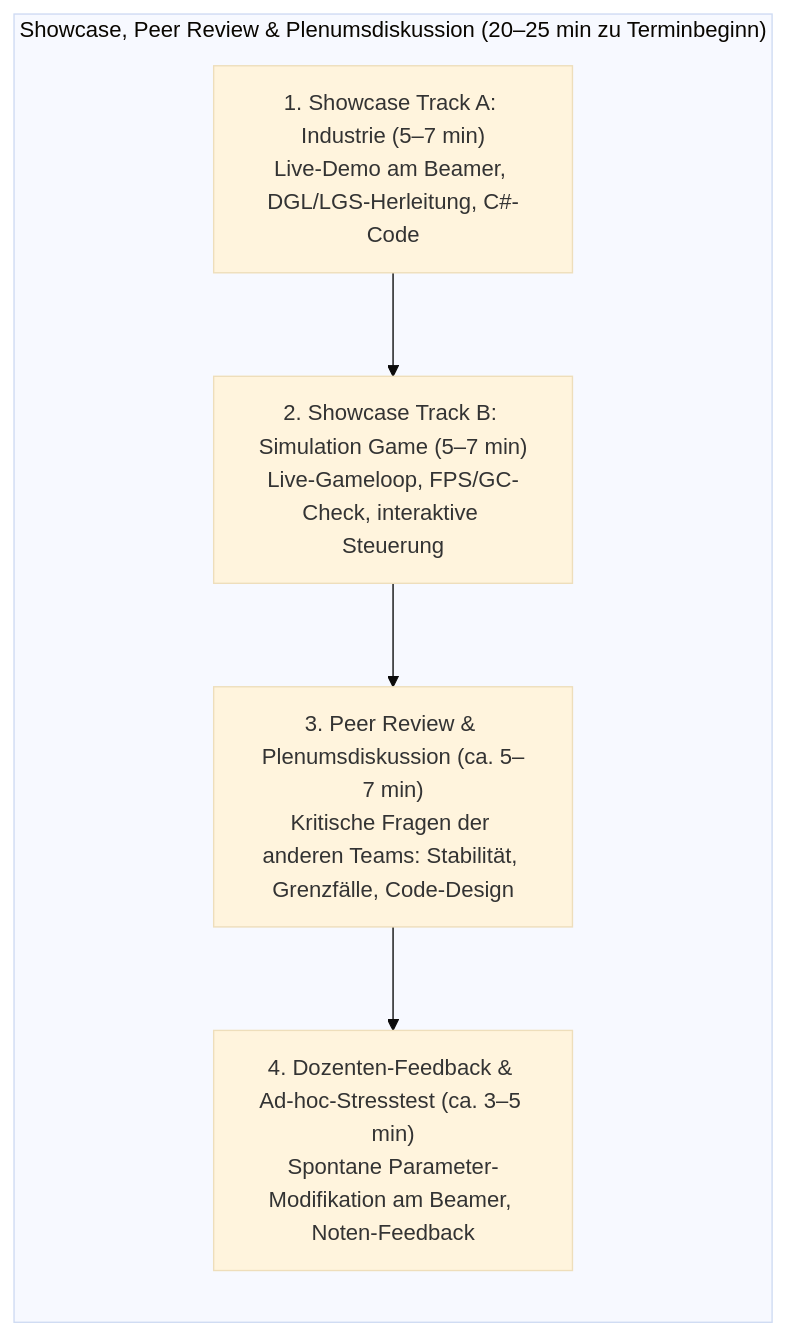
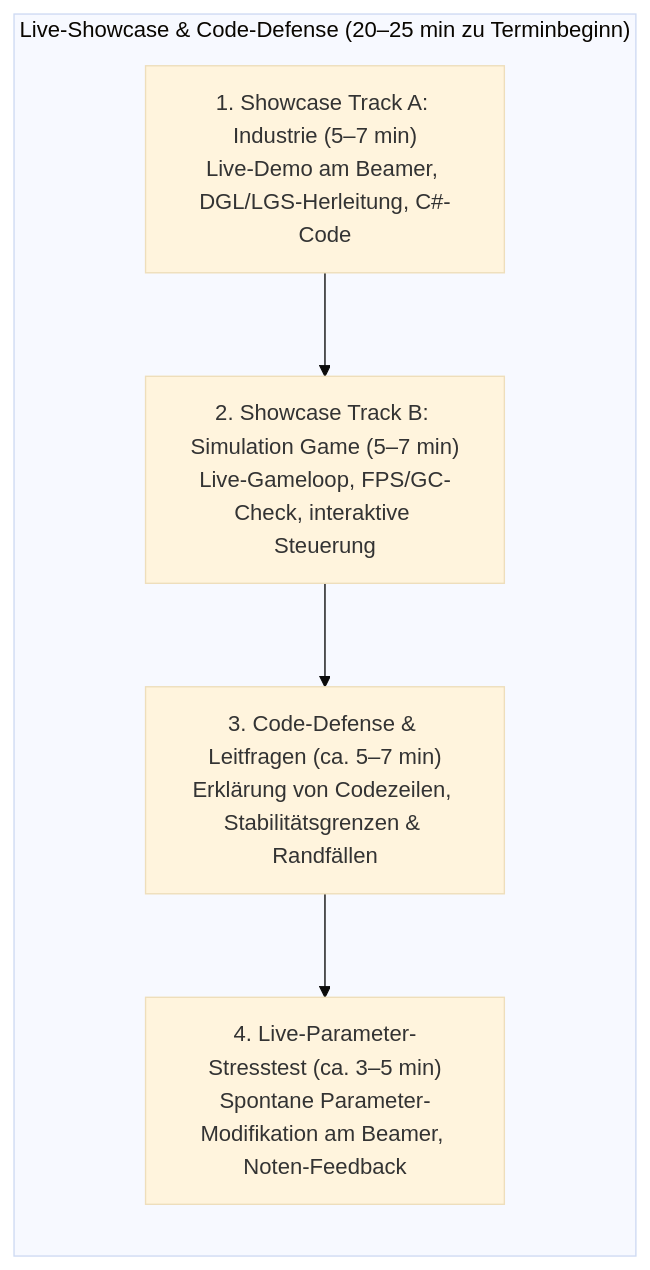
One commit to ghackenberg/kurs-computer-simulation changed the second of 5 diagrams in Konzept/01_Lehrveranstaltungsstruktur_und_Syllabus.md. Above: the diagram before and after it, drawn with Mermaid (base theme). The commit also changed other lines of this file and 28 other files, not shown here.

Commit message:
Update grading model to 40-40-20 and rebrand Section 8 to Live-Showcase & Code-Defense

````diff
--- a/Konzept/01_Lehrveranstaltungsstruktur_und_Syllabus.md
+++ b/Konzept/01_Lehrveranstaltungsstruktur_und_Syllabus.md
@@ -601,11 +601,11 @@
 ```mermaid
 flowchart TD
-    subgraph Showcase_Phase["Showcase, Peer Review & Plenumsdiskussion (20–25 min zu Terminbeginn)"]
+    subgraph Showcase_Phase["Live-Showcase & Code-Defense (20–25 min zu Terminbeginn)"]
         direction TB
         A["1. Showcase Track A: Industrie (5–7 min)\nLive-Demo am Beamer, DGL/LGS-Herleitung, C#-Code"]
         B["2. Showcase Track B: Simulation Game (5–7 min)\nLive-Gameloop, FPS/GC-Check, interaktive Steuerung"]
-        C["3. Peer Review & Plenumsdiskussion (ca. 5–7 min)\nKritische Fragen der anderen Teams: Stabilität, Grenzfälle, Code-Design"]
-        D["4. Dozenten-Feedback & Ad-hoc-Stresstest (ca. 3–5 min)\nSpontane Parameter-Modifikation am Beamer, Noten-Feedback"]
+        C["3. Code-Defense & Leitfragen (ca. 5–7 min)\nErklärung von Codezeilen, Stabilitätsgrenzen & Randfällen"]
+        D["4. Live-Parameter-Stresstest (ca. 3–5 min)\nSpontane Parameter-Modifikation am Beamer, Noten-Feedback"]
         A --> B --> C --> D
     end
 ```
````
